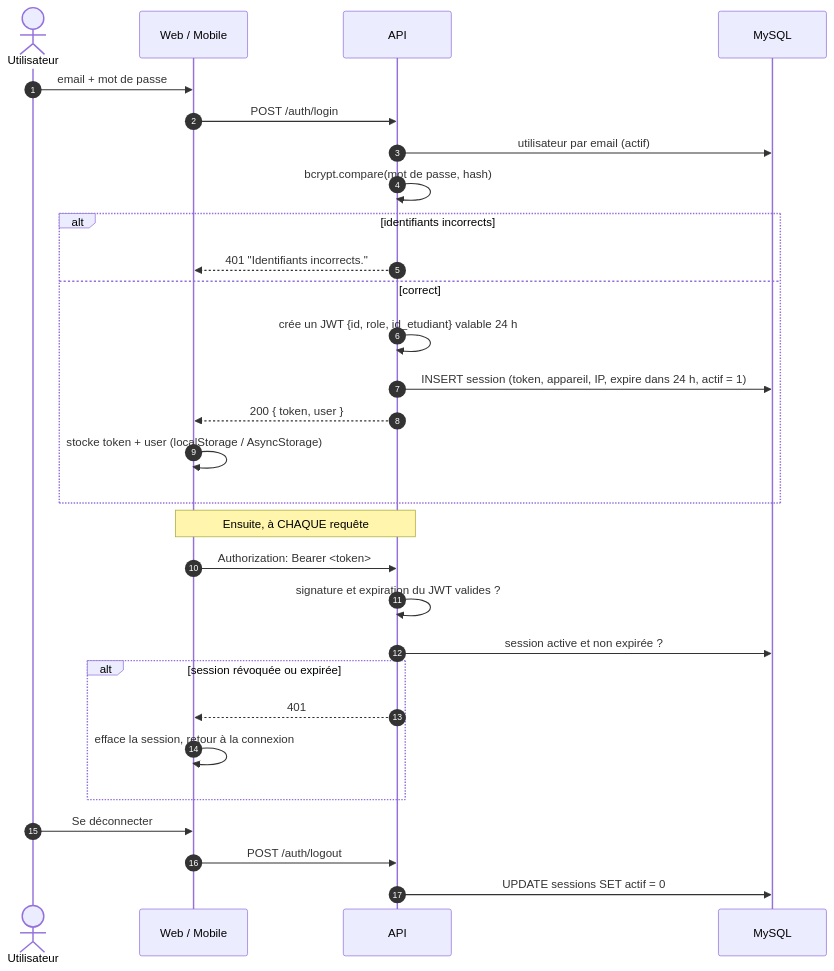
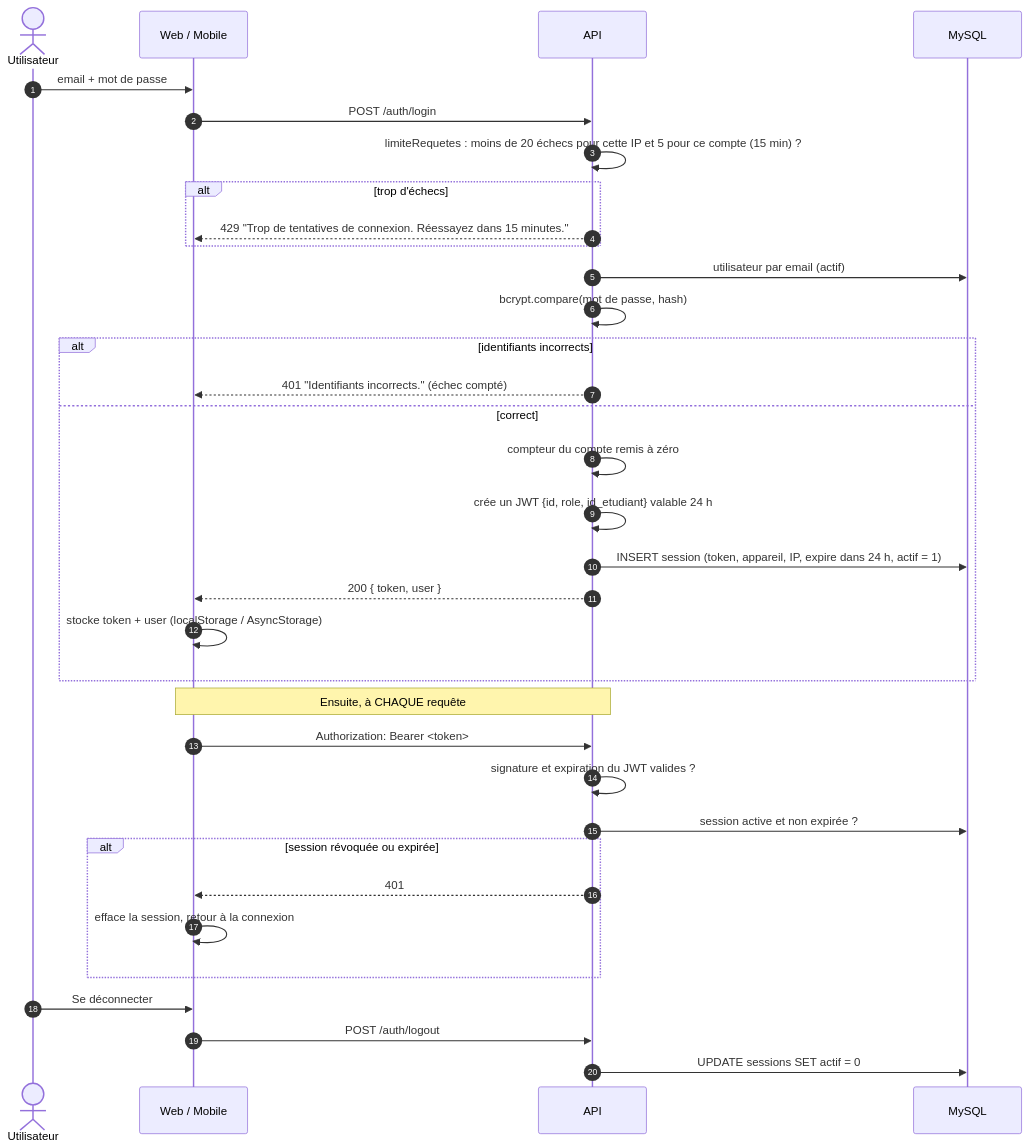
Before and after one commit to eliaTolojanahary/gestionFormation_stage: the fifth of 22 diagrams in FLUX-APPLICATION.md, drawn with Mermaid. The commit also changed other lines of this file and 41 other files, not shown here.

````diff
--- a/FLUX-APPLICATION.md
+++ b/FLUX-APPLICATION.md
@@ -380,34 +592,39 @@
 ```mermaid
 sequenceDiagram
     autonumber
     actor U as Utilisateur
     participant Client as Web / Mobile
     participant API
     participant DB as MySQL
 
     U->>Client: email + mot de passe
     Client->>API: POST /auth/login
+    API->>API: limiteRequetes : moins de 20 échecs pour cette IP et 5 pour ce compte (15 min) ?
+    alt trop d'échecs
+        API-->>Client: 429 "Trop de tentatives de connexion. Réessayez dans 15 minutes."
+    end
     API->>DB: utilisateur par email (actif)
     API->>API: bcrypt.compare(mot de passe, hash)
     alt identifiants incorrects
-        API-->>Client: 401 "Identifiants incorrects."
+        API-->>Client: 401 "Identifiants incorrects." (échec compté)
     else correct
+        API->>API: compteur du compte remis à zéro
         API->>API: crée un JWT {id, role, id_etudiant} valable 24 h
         API->>DB: INSERT session (token, appareil, IP, expire dans 24 h, actif = 1)
         API-->>Client: 200 { token, user }
         Client->>Client: stocke token + user (localStorage / AsyncStorage)
     end
 
     Note over Client,API: Ensuite, à CHAQUE requête
     Client->>API: Authorization: Bearer <token>
     API->>API: signature et expiration du JWT valides ?
     API->>DB: session active et non expirée ?
     alt session révoquée ou expirée
         API-->>Client: 401
         Client->>Client: efface la session, retour à la connexion
     end
 
     U->>Client: Se déconnecter
     Client->>API: POST /auth/logout
     API->>DB: UPDATE sessions SET actif = 0
 ```
````
